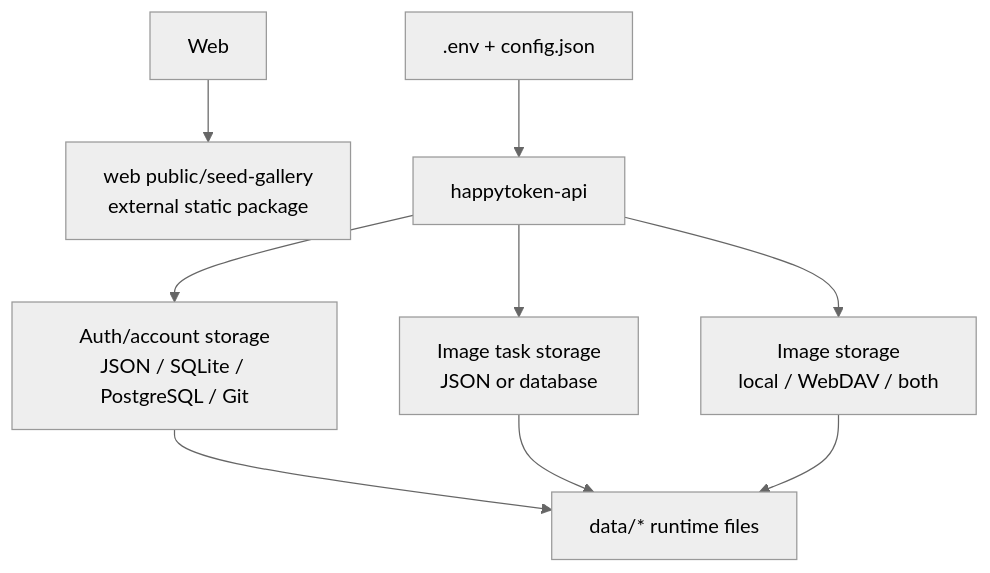
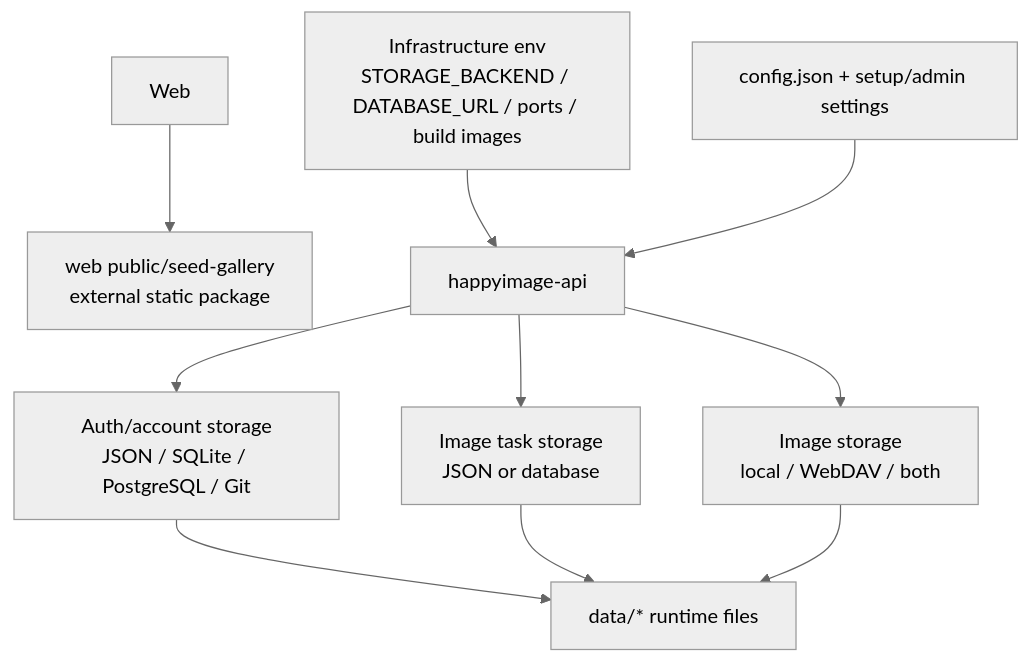
One commit to happy-token/HappyImage changed the fifth of 7 diagrams in docs/architecture.md. Above: the diagram before and after it, drawn with Mermaid (neutral theme). The commit also changed other lines of this file and 7 other files, not shown here.

````diff
--- a/docs/architecture.md
+++ b/docs/architecture.md
@@ -127,18 +123,20 @@
 ```mermaid
 flowchart TD
-  Config[".env + config.json"]
+  Env["Infrastructure env<br/>STORAGE_BACKEND / DATABASE_URL / ports / build images"]
+  Config["config.json + setup/admin settings"]
   AuthStore["Auth/account storage<br/>JSON / SQLite / PostgreSQL / Git"]
   TaskStore["Image task storage<br/>JSON or database"]
   ImageStore["Image storage<br/>local / WebDAV / both"]
   RuntimeData["data/* runtime files"]
   SeedGallery["web public/seed-gallery<br/>external static package"]
 
-  Config --> API["happytoken-api"]
+  Env --> API["happyimage-api"]
+  Config --> API
   API --> AuthStore
   API --> TaskStore
   API --> ImageStore
   AuthStore --> RuntimeData
   TaskStore --> RuntimeData
   ImageStore --> RuntimeData
   Web --> SeedGallery
 ```
````
